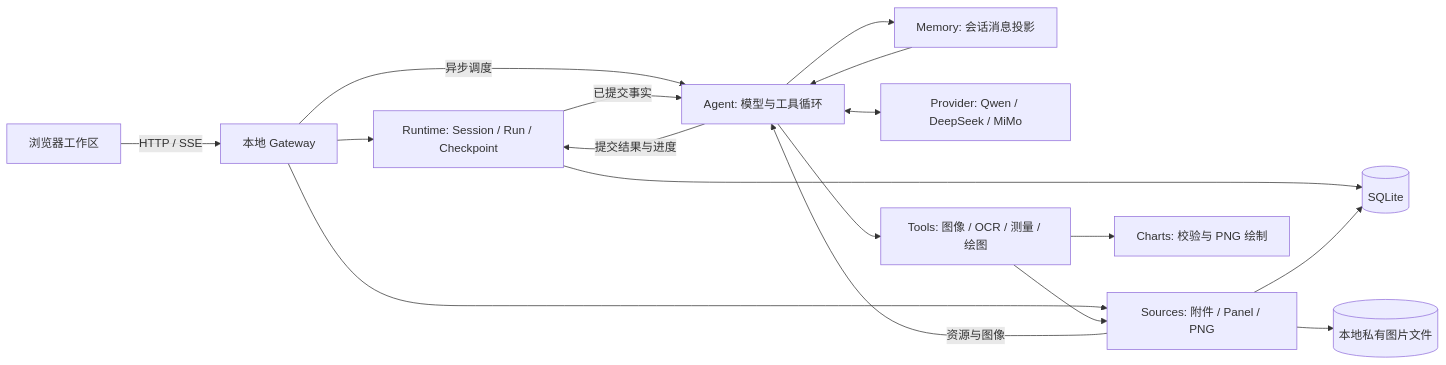
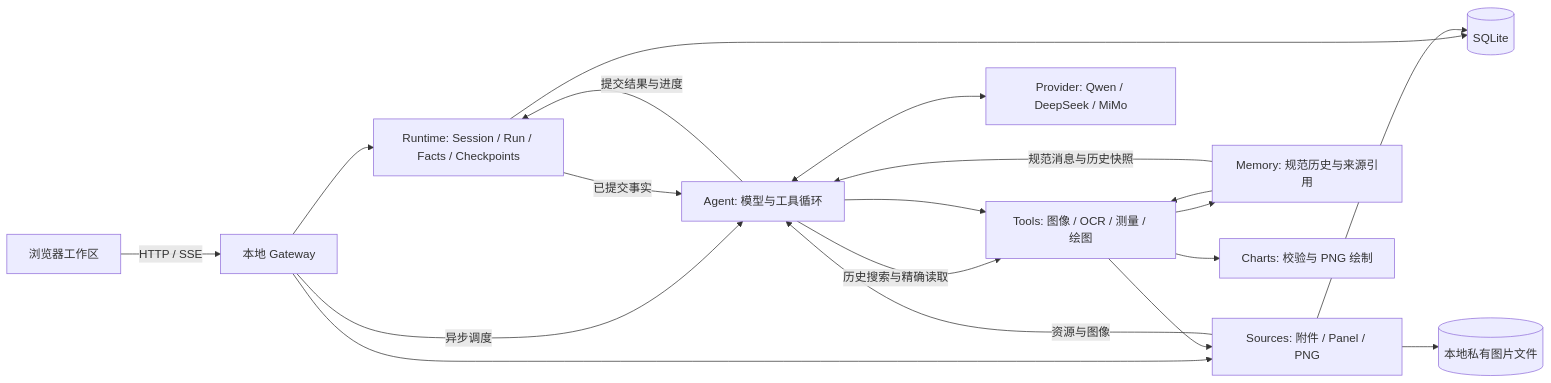
Before and after one commit to YeZibn/Figura: the diagram in README.md, drawn with Mermaid. The commit also changed other lines of this file and 1 other file, not shown here.

Commit message:
docs: 更新 README 并添加项目图标

````diff
--- a/README.md
+++ b/README.md
@@ -134,19 +168,21 @@
 ```mermaid
 flowchart LR
     UI[浏览器工作区] -->|HTTP / SSE| Gateway[本地 Gateway]
-    Gateway --> Runtime[Runtime: Session / Run / Checkpoint]
+    Gateway --> Runtime[Runtime: Session / Run / Facts / Checkpoints]
     Gateway --> Sources[Sources: 附件 / Panel / PNG]
     Gateway -->|异步调度| Agent[Agent: 模型与工具循环]
     Runtime -->|已提交事实| Agent
     Sources -->|资源与图像| Agent
-    Agent --> Memory[Memory: 会话消息投影]
-    Memory --> Agent
+    Agent -->|历史搜索与精确读取| Tools
+    Tools --> Memory[Memory: 规范历史与来源引用]
+    Memory --> Tools
+    Memory -->|规范消息与历史快照| Agent
     Agent <--> Provider[Provider: Qwen / DeepSeek / MiMo]
     Agent --> Tools[Tools: 图像 / OCR / 测量 / 绘图]
     Tools --> Charts[Charts: 校验与 PNG 绘制]
     Tools --> Sources
     Agent -->|提交结果与进度| Runtime
     Runtime --> DB[(SQLite)]
     Sources --> DB
     Sources --> Files[(本地私有图片文件)]
 ```
````
